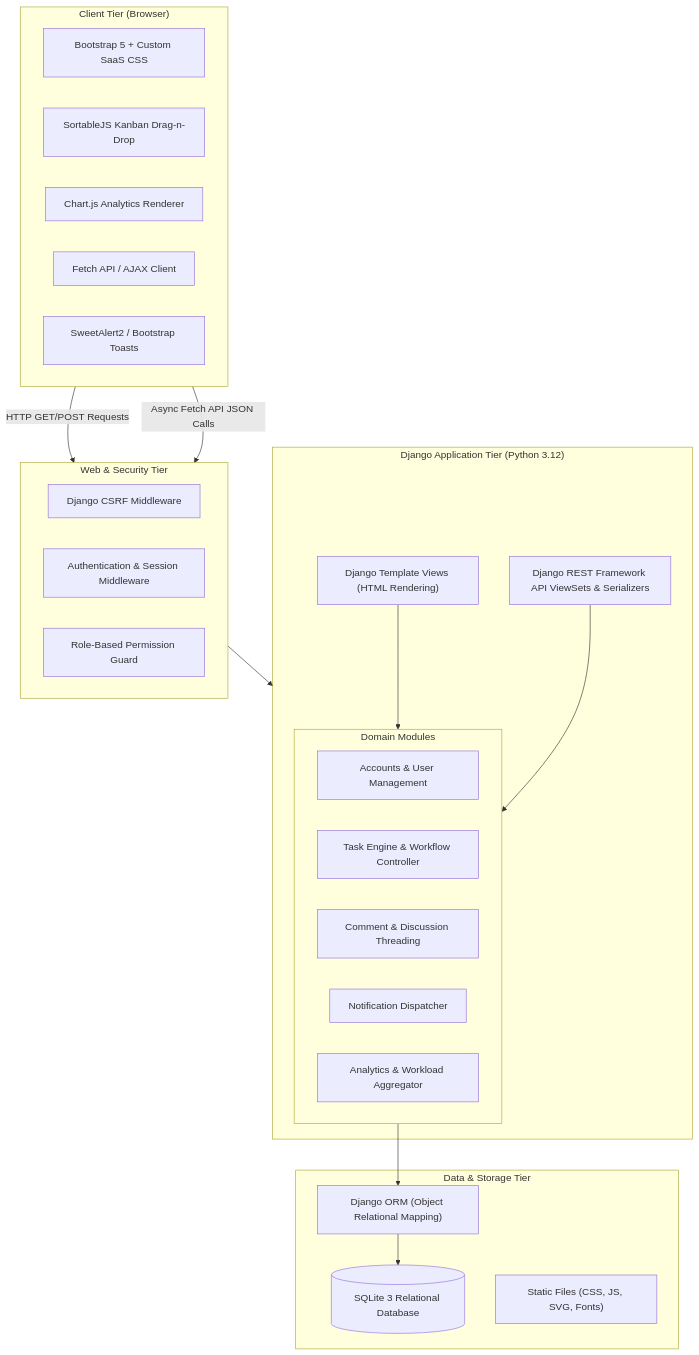
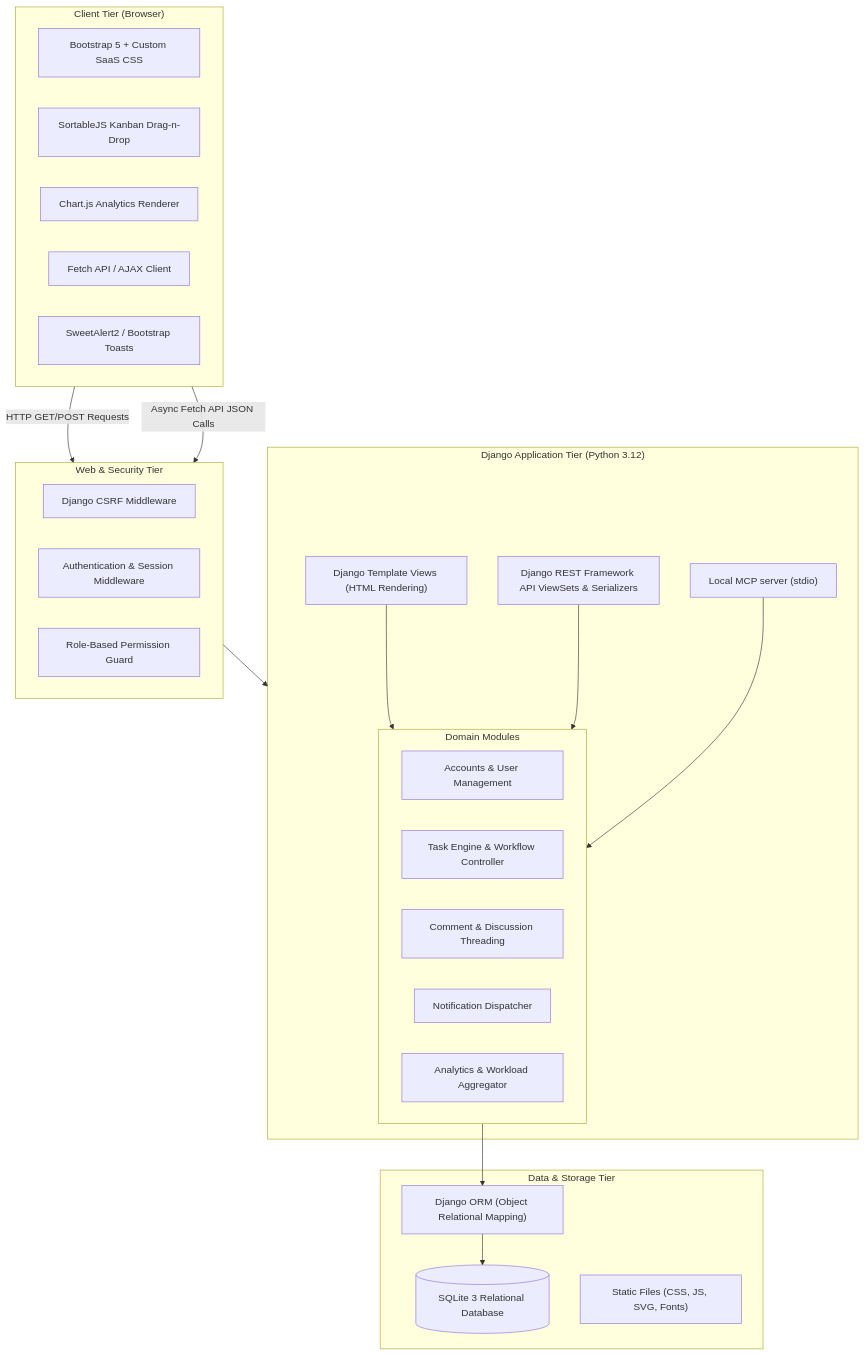
One commit to Devika199/TaskFlow changed the first of 3 diagrams in docs/architecture.md. Above: the diagram before and after it, drawn with Mermaid. The commit also changed other lines of this file and 48 other files, not shown here.

````diff
--- a/docs/architecture.md
+++ b/docs/architecture.md
@@ -6,43 +6,45 @@
 ```mermaid
 graph TD
     subgraph Client ["Client Tier (Browser)"]
         UI["Bootstrap 5 + Custom SaaS CSS"]
         KanbanEngine["SortableJS Kanban Drag-n-Drop"]
         ChartEngine["Chart.js Analytics Renderer"]
         AjaxEngine["Fetch API / AJAX Client"]
         ToastEngine["SweetAlert2 / Bootstrap Toasts"]
     end
 
     subgraph Gateway ["Web & Security Tier"]
         CSRF["Django CSRF Middleware"]
         AuthMiddleware["Authentication & Session Middleware"]
         RBAC["Role-Based Permission Guard"]
     end
 
     subgraph Application ["Django Application Tier (Python 3.12)"]
         Views["Django Template Views (HTML Rendering)"]
         DRF["Django REST Framework API ViewSets & Serializers"]
+        MCP["Local MCP server (stdio)"]
         
         subgraph Domains ["Domain Modules"]
             AccountService["Accounts & User Management"]
             TaskService["Task Engine & Workflow Controller"]
             CommentService["Comment & Discussion Threading"]
             NotifService["Notification Dispatcher"]
             MetricService["Analytics & Workload Aggregator"]
         end
     end
 
     subgraph Data ["Data & Storage Tier"]
         ORM["Django ORM (Object Relational Mapping)"]
         DB[("SQLite 3 Relational Database")]
         Static["Static Files (CSS, JS, SVG, Fonts)"]
     end
 
     Client -->|HTTP GET/POST Requests| Gateway
     Client -->|Async Fetch API JSON Calls| Gateway
     Gateway --> Application
     Views --> Domains
     DRF --> Domains
+    MCP --> Domains
     Domains --> ORM
     ORM --> DB
 ```
````
